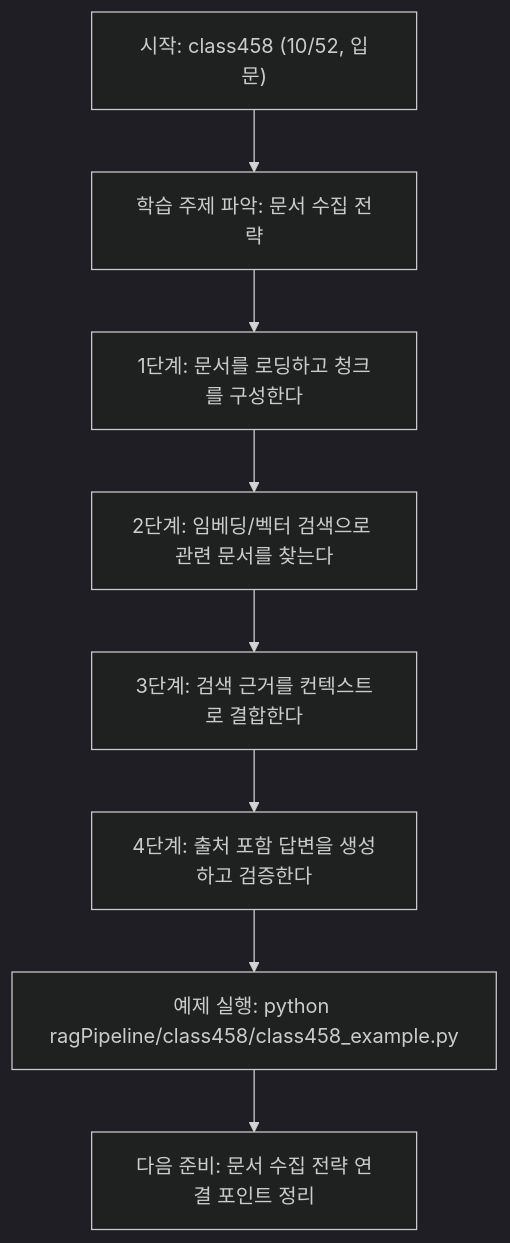
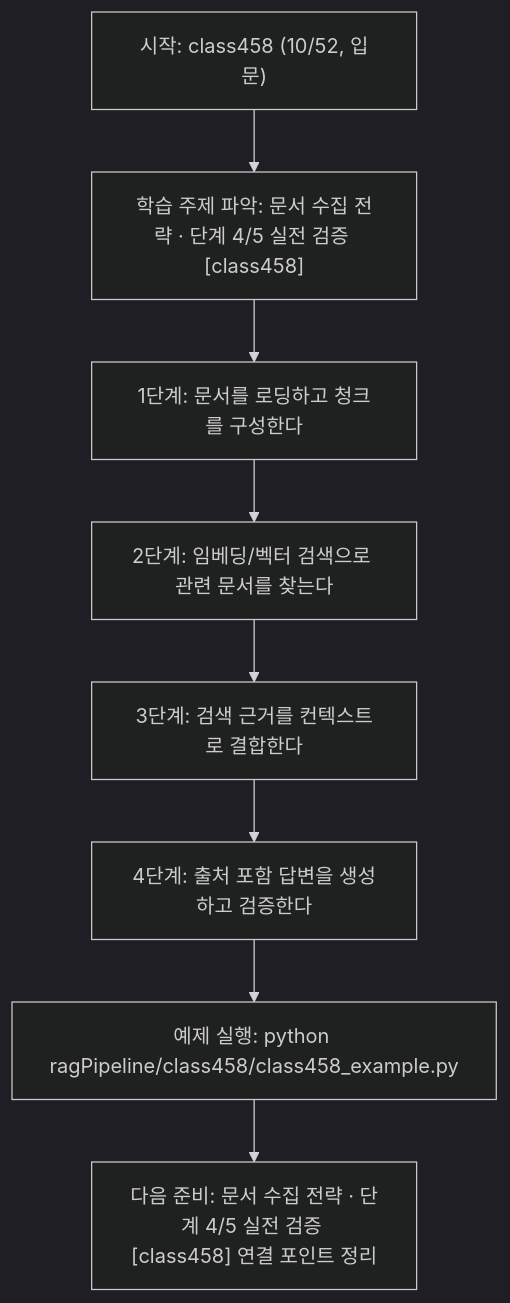
Before and after one commit to edumgt/Python-AI_Agent-Class: the diagram in ragPipeline/class458/class458.md, drawn with Mermaid (dark theme). The commit also changed other lines of this file and 522 other files, not shown here.

````diff
--- a/ragPipeline/class458/class458.md
+++ b/ragPipeline/class458/class458.md
@@ -110,18 +111,18 @@
 ```mermaid
 flowchart TD
 N1["시작: class458 (10/52, 입문)"]
-N2["학습 주제 파악: 문서 수집 전략"]
+N2["학습 주제 파악: 문서 수집 전략 · 단계 4/5 실전 검증 [class458]"]
 N3["1단계: 문서를 로딩하고 청크를 구성한다"]
 N4["2단계: 임베딩/벡터 검색으로 관련 문서를 찾는다"]
 N5["3단계: 검색 근거를 컨텍스트로 결합한다"]
 N6["4단계: 출처 포함 답변을 생성하고 검증한다"]
 N7["예제 실행: python ragPipeline/class458/class458_example.py"]
-N8["다음 준비: 문서 수집 전략 연결 포인트 정리"]
+N8["다음 준비: 문서 수집 전략 · 단계 4/5 실전 검증 [class458] 연결 포인트 정리"]
 N1 --> N2
 N2 --> N3
 N3 --> N4
 N4 --> N5
 N5 --> N6
 N6 --> N7
 N7 --> N8
 ```
````
